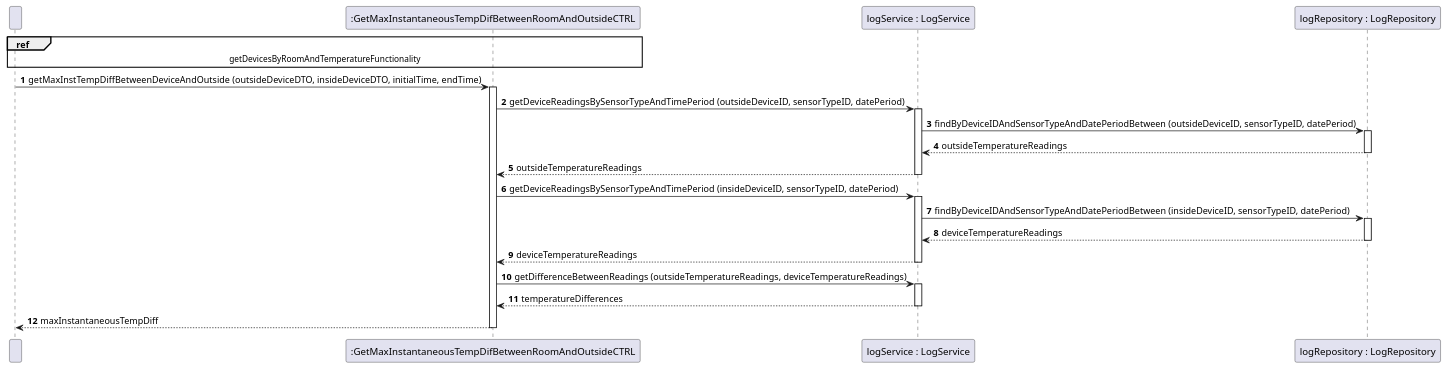
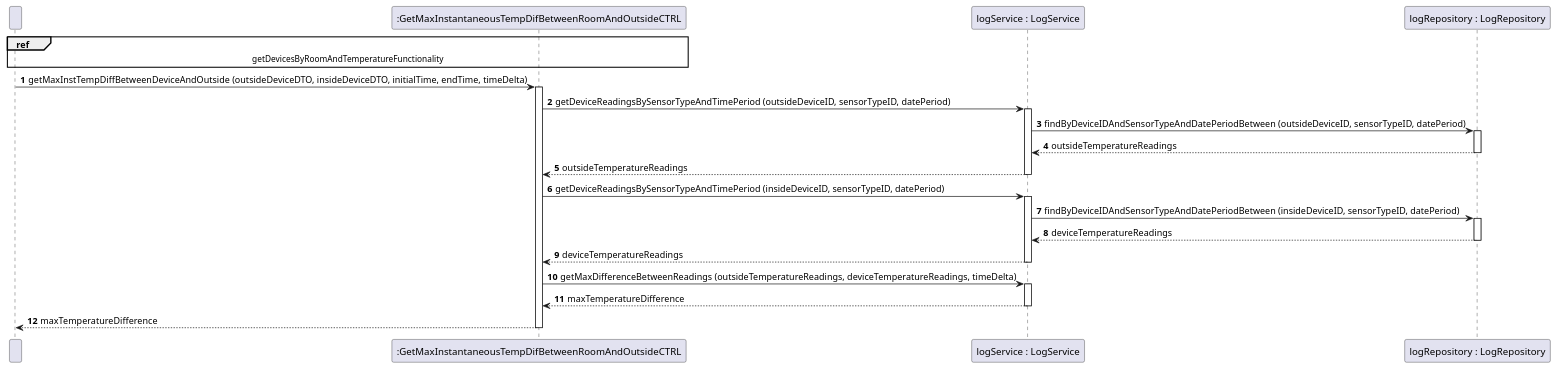
Before and after one commit to olivDiogo/SmartHome: the diagram in docs/useCases/uc13_toGetMaxInstTempDifBetweenDeviceAndOutside/artifacts/uc13_SD.puml, drawn with PlantUML. The commit also changed 8 other files, not shown here.

Commit message:
refactor: added timeDelta parameter to method getMaxDifferenceBetweenReadings in LogService class. #397 Updated GetMaxInstTempDiffBetweenDeviceAndOutsideController class accordingly. Tests for both classes updated accordingly. SD and UC readme updated accordingly.

```diff
--- a/docs/useCases/uc13_toGetMaxInstTempDifBetweenDeviceAndOutside/artifacts/uc13_SD.puml
+++ b/docs/useCases/uc13_toGetMaxInstTempDifBetweenDeviceAndOutside/artifacts/uc13_SD.puml
@@ -1,63 +1,63 @@
 @startuml
 !pragma layout smetana
 
 participant " " as User
 participant Controller as ":GetMaxInstantaneousTempDifBetweenRoomAndOutsideCTRL"
 
 participant "logService : LogService" as LogService
 participant "logRepository : LogRepository" as LogRepository
 
 autonumber
 
 ref over User, Controller: getDevicesByRoomAndTemperatureFunctionality
 
-User -> Controller: getMaxInstTempDiffBetweenDeviceAndOutside (outsideDeviceDTO, insideDeviceDTO, initialTime, endTime)
+User -> Controller: getMaxInstTempDiffBetweenDeviceAndOutside (outsideDeviceDTO, insideDeviceDTO, initialTime, endTime, timeDelta)
 
 activate Controller
 
 Controller -> LogService: getDeviceReadingsBySensorTypeAndTimePeriod (outsideDeviceID, sensorTypeID, datePeriod)
 
 activate LogService
 
 LogService -> LogRepository: findByDeviceIDAndSensorTypeAndDatePeriodBetween (outsideDeviceID, sensorTypeID, datePeriod)
 
 activate LogRepository
 
 LogRepository --> LogService: outsideTemperatureReadings
 
 deactivate LogRepository
 
 LogService --> Controller: outsideTemperatureReadings
 
 deactivate LogService
 
 Controller -> LogService: getDeviceReadingsBySensorTypeAndTimePeriod (insideDeviceID, sensorTypeID, datePeriod)
 
 activate LogService
 
 LogService -> LogRepository: findByDeviceIDAndSensorTypeAndDatePeriodBetween (insideDeviceID, sensorTypeID, datePeriod)
 
 activate LogRepository
 
 LogRepository --> LogService: deviceTemperatureReadings
 
 deactivate LogRepository
 
 LogService --> Controller: deviceTemperatureReadings
 
 deactivate LogService
 
-Controller -> LogService: getDifferenceBetweenReadings (outsideTemperatureReadings, deviceTemperatureReadings)
+Controller -> LogService: getMaxDifferenceBetweenReadings (outsideTemperatureReadings, deviceTemperatureReadings, timeDelta)
 
 activate LogService
 
-LogService --> Controller: temperatureDifferences
+LogService --> Controller: maxTemperatureDifference
 
 deactivate LogService
 
-Controller --> User: maxInstantaneousTempDiff
+Controller --> User: maxTemperatureDifference
 
 deactivate Controller
 
 
 @enduml
```
